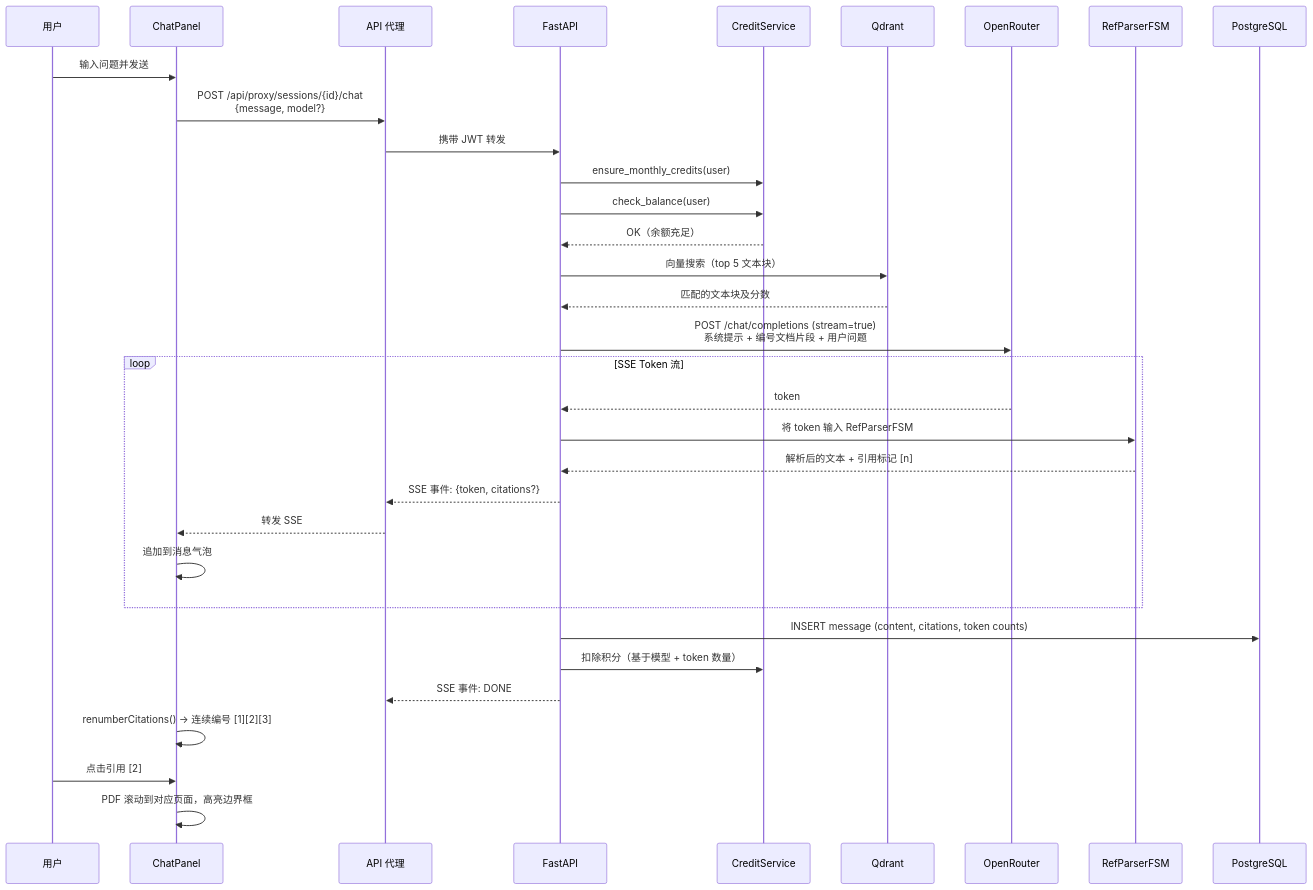
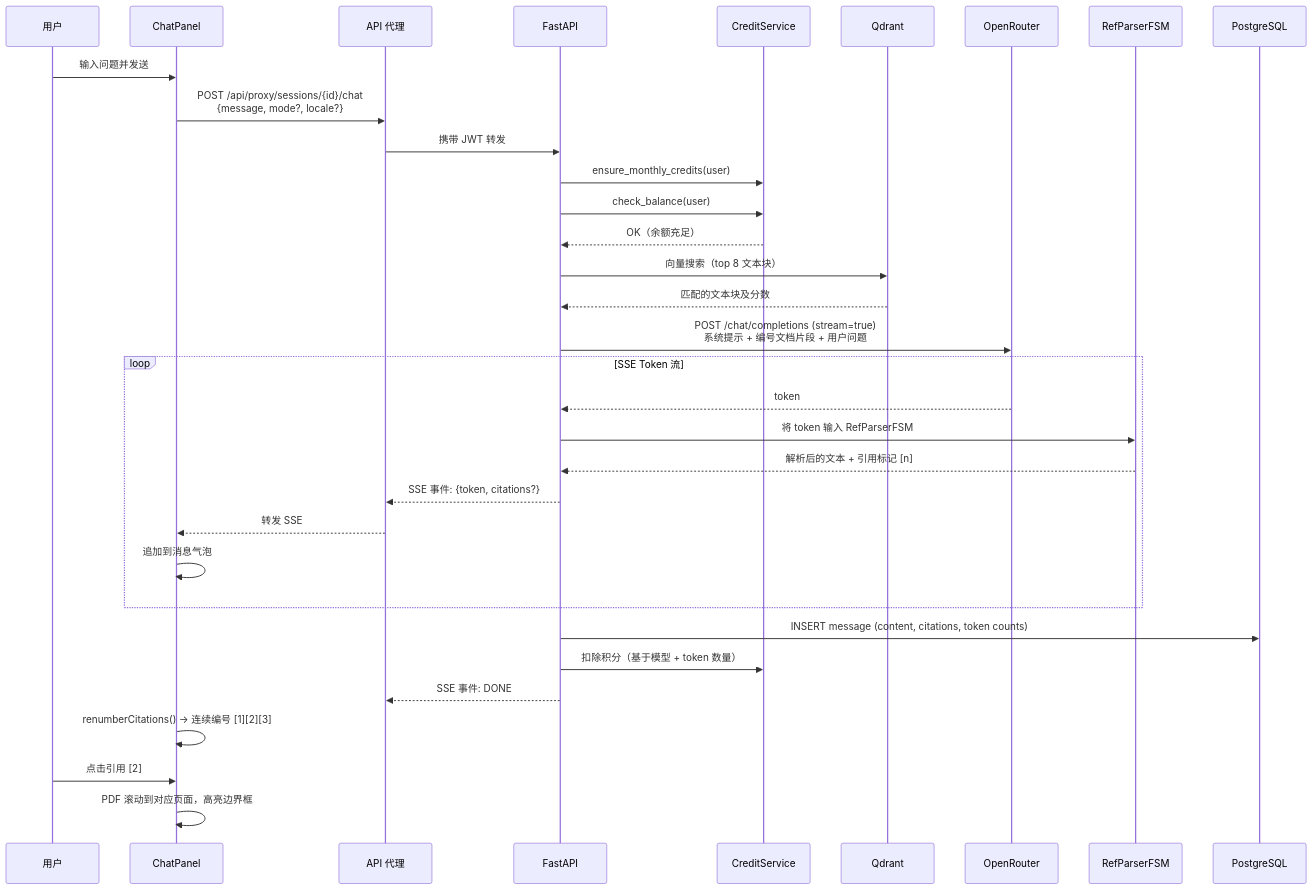
One commit to Rswcf/DocTalk changed the third of 8 diagrams in docs/ARCHITECTURE.zh.md. Above: the diagram before and after it, drawn with Mermaid. The commit also changed other lines of this file and 14 other files, not shown here.

````diff
--- a/docs/ARCHITECTURE.zh.md
+++ b/docs/ARCHITECTURE.zh.md
@@ -148,41 +148,41 @@
 ```mermaid
 sequenceDiagram
     participant U as 用户
     participant CP as ChatPanel
     participant P as API 代理
     participant API as FastAPI
     participant CS as CreditService
     participant Q as Qdrant
     participant OR as OpenRouter
     participant FSM as RefParserFSM
     participant DB as PostgreSQL
 
     U->>CP: 输入问题并发送
-    CP->>P: POST /api/proxy/sessions/{id}/chat<br/>{message, model?}
+    CP->>P: POST /api/proxy/sessions/{id}/chat<br/>{message, mode?, locale?}
     P->>API: 携带 JWT 转发
 
     API->>CS: ensure_monthly_credits(user)
     API->>CS: check_balance(user)
     CS-->>API: OK（余额充足）
 
-    API->>Q: 向量搜索（top 5 文本块）
+    API->>Q: 向量搜索（top 8 文本块）
     Q-->>API: 匹配的文本块及分数
 
     API->>OR: POST /chat/completions (stream=true)<br/>系统提示 + 编号文档片段 + 用户问题
 
     loop SSE Token 流
         OR-->>API: token
         API->>FSM: 将 token 输入 RefParserFSM
         FSM-->>API: 解析后的文本 + 引用标记 [n]
         API-->>P: SSE 事件: {token, citations?}
         P-->>CP: 转发 SSE
         CP->>CP: 追加到消息气泡
     end
 
     API->>DB: INSERT message (content, citations, token counts)
     API->>CS: 扣除积分（基于模型 + token 数量）
     API-->>P: SSE 事件: DONE
     CP->>CP: renumberCitations() → 连续编号 [1][2][3]
     U->>CP: 点击引用 [2]
     CP->>CP: PDF 滚动到对应页面，高亮边界框
 ```
````
